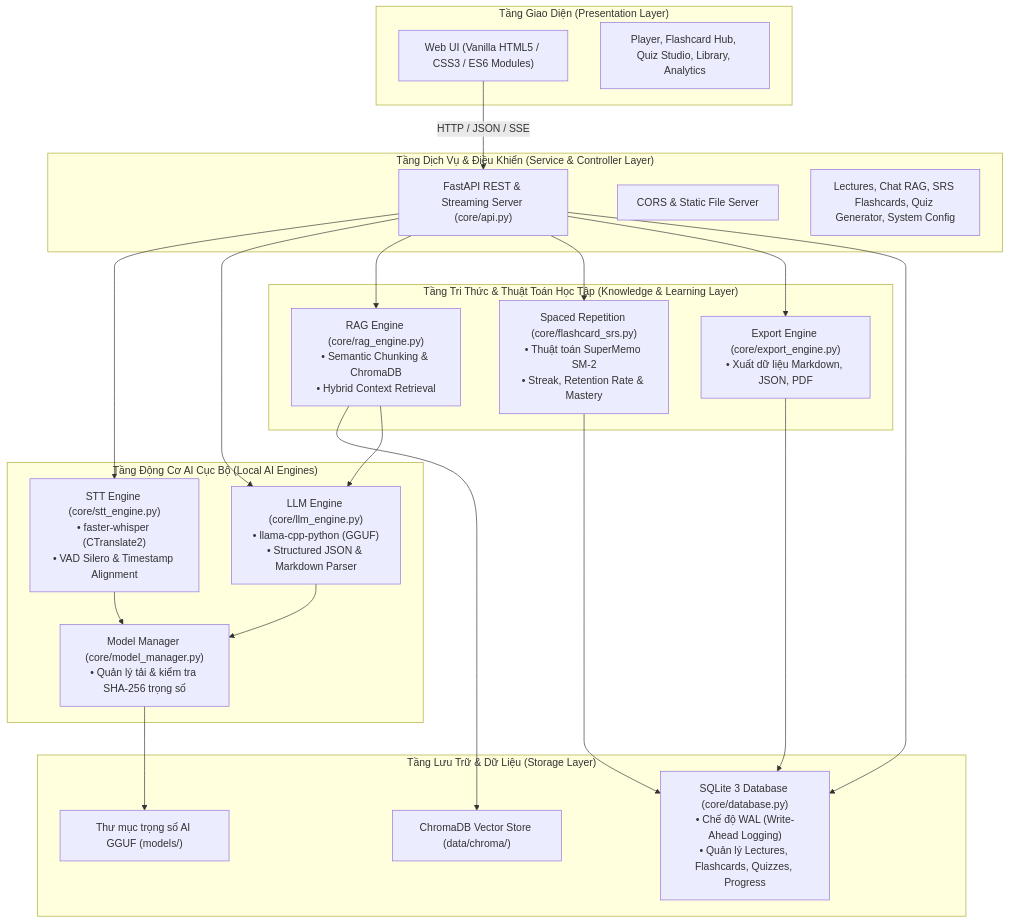
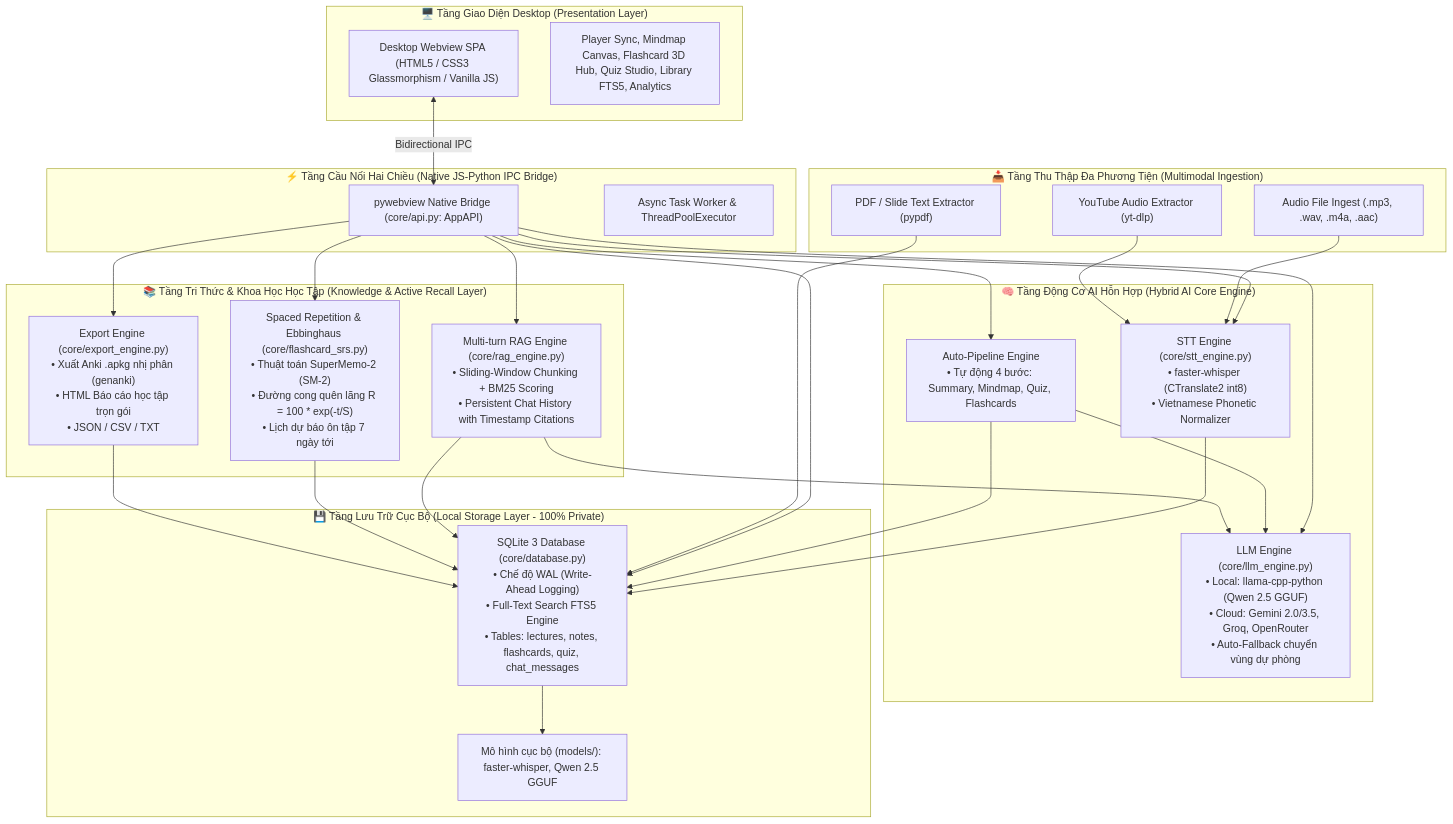
One commit to dargits/Openmind changed the first of 3 diagrams in docs/architecture.md. Above: the diagram before and after it, drawn with Mermaid. The commit also changed other lines of this file and 8 other files, not shown here.

First line of the commit message:
docs: tái cấu trúc toàn diện tài liệu kỹ thuật, dọn dẹp kho lưu trữ và tối ưu bộ tiêu chí chấm mã nguồn PoF 2026

````diff
--- a/docs/architecture.md
+++ b/docs/architecture.md
@@ -11,47 +11,57 @@
 ```mermaid
 graph TD
-    subgraph UI_Layer ["Tầng Giao Diện (Presentation Layer)"]
-        UI["Web UI (Vanilla HTML5 / CSS3 / ES6 Modules)"]
-        Components["Player, Flashcard Hub, Quiz Studio, Library, Analytics"]
+    subgraph UI_Layer ["🖥️ Tầng Giao Diện Desktop (Presentation Layer)"]
+        UI["Desktop Webview SPA (HTML5 / CSS3 Glassmorphism / Vanilla JS)"]
+        Components["Player Sync, Mindmap Canvas, Flashcard 3D Hub, Quiz Studio, Library FTS5, Analytics"]
     end
 
-    subgraph API_Layer ["Tầng Dịch Vụ & Điều Khiển (Service & Controller Layer)"]
-        API["FastAPI REST & Streaming Server (core/api.py)"]
-        CORS["CORS & Static File Server"]
-        Endpoints["Lectures, Chat RAG, SRS Flashcards, Quiz Generator, System Config"]
+    subgraph Bridge_Layer ["⚡ Tầng Cầu Nối Hai Chiều (Native JS-Python IPC Bridge)"]
+        Bridge["pywebview Native Bridge (core/api.py: AppAPI)"]
+        EventLoop["Async Task Worker & ThreadPoolExecutor"]
     end
 
-    subgraph AI_Core ["Tầng Động Cơ AI Cục Bộ (Local AI Engines)"]
-        STT["STT Engine (core/stt_engine.py)<br/>• faster-whisper (CTranslate2)<br/>• VAD Silero & Timestamp Alignment"]
-        LLM["LLM Engine (core/llm_engine.py)<br/>• llama-cpp-python (GGUF)<br/>• Structured JSON & Markdown Parser"]
-        ModelMgr["Model Manager (core/model_manager.py)<br/>• Quản lý tải & kiểm tra SHA-256 trọng số"]
+    subgraph AI_Core ["🧠 Tầng Động Cơ AI Hỗn Hợp (Hybrid AI Core Engine)"]
+        STT["STT Engine (core/stt_engine.py)<br/>• faster-whisper (CTranslate2 int8)<br/>• Vietnamese Phonetic Normalizer"]
+        HybridLLM["LLM Engine (core/llm_engine.py)<br/>• Local: llama-cpp-python (Qwen 2.5 GGUF)<br/>• Cloud: Gemini 2.0/3.5, Groq, OpenRouter<br/>• Auto-Fallback chuyển vùng dự phòng"]
+        AutoPipe["Auto-Pipeline Engine<br/>• Tự động 4 bước: Summary, Mindmap, Quiz, Flashcards"]
     end
 
-    subgraph Knowledge_Layer ["Tầng Tri Thức & Thuật Toán Học Tập (Knowledge & Learning Layer)"]
-        RAG["RAG Engine (core/rag_engine.py)<br/>• Semantic Chunking & ChromaDB<br/>• Hybrid Context Retrieval"]
-        SRS["Spaced Repetition (core/flashcard_srs.py)<br/>• Thuật toán SuperMemo SM-2<br/>• Streak, Retention Rate & Mastery"]
-        Export["Export Engine (core/export_engine.py)<br/>• Xuất dữ liệu Markdown, JSON, PDF"]
+    subgraph Ingestion_Layer ["📥 Tầng Thu Thập Đa Phương Tiện (Multimodal Ingestion)"]
+        AudioIn["Audio File Ingest (.mp3, .wav, .m4a, .aac)"]
+        YouTubeIn["YouTube Audio Extractor (yt-dlp)"]
+        DocIn["PDF / Slide Text Extractor (pypdf)"]
     end
 
-    subgraph Storage_Layer ["Tầng Lưu Trữ & Dữ Liệu (Storage Layer)"]
-        DB["SQLite 3 Database (core/database.py)<br/>• Chế độ WAL (Write-Ahead Logging)<br/>• Quản lý Lectures, Flashcards, Quizzes, Progress"]
-        VectorDB["ChromaDB Vector Store (data/chroma/)"]
-        ModelWeights["Thư mục trọng số AI GGUF (models/)"]
+    subgraph Knowledge_Layer ["📚 Tầng Tri Thức & Khoa Học Học Tập (Knowledge & Active Recall Layer)"]
+        RAG["Multi-turn RAG Engine (core/rag_engine.py)<br/>• Sliding-Window Chunking + BM25 Scoring<br/>• Persistent Chat History with Timestamp Citations"]
+        SRS["Spaced Repetition & Ebbinghaus (core/flashcard_srs.py)<br/>• Thuật toán SuperMemo-2 (SM-2)<br/>• Đường cong quên lãng R = 100 * exp(-t/S)<br/>• Lịch dự báo ôn tập 7 ngày tới"]
+        Export["Export Engine (core/export_engine.py)<br/>• Xuất Anki .apkg nhị phân (genanki)<br/>• HTML Báo cáo học tập trọn gói<br/>• JSON / CSV / TXT"]
     end
 
-    UI -->|HTTP / JSON / SSE| API
-    API --> STT
-    API --> LLM
-    API --> RAG
-    API --> SRS
-    API --> Export
-    API --> DB
-    
-    RAG --> VectorDB
-    RAG --> LLM
-    STT --> ModelMgr
-    LLM --> ModelMgr
-    ModelMgr --> ModelWeights
+    subgraph Storage_Layer ["💾 Tầng Lưu Trữ Cục Bộ (Local Storage Layer - 100% Private)"]
+        DB["SQLite 3 Database (core/database.py)<br/>• Chế độ WAL (Write-Ahead Logging)<br/>• Full-Text Search FTS5 Engine<br/>• Tables: lectures, notes, flashcards, quiz, chat_messages"]
+        Weights["Mô hình cục bộ (models/): faster-whisper, Qwen 2.5 GGUF"]
+    end
+
+    UI <-->|Bidirectional IPC| Bridge
+    Bridge --> AutoPipe
+    Bridge --> STT
+    Bridge --> HybridLLM
+    Bridge --> RAG
+    Bridge --> SRS
+    Bridge --> Export
+    Bridge --> DB
+
+    AudioIn --> STT
+    YouTubeIn --> STT
+    DocIn --> DB
+
+    STT --> DB
+    AutoPipe --> HybridLLM
+    AutoPipe --> DB
+    RAG --> DB
+    RAG --> HybridLLM
     SRS --> DB
     Export --> DB
+    DB --> Weights
 ```
````
